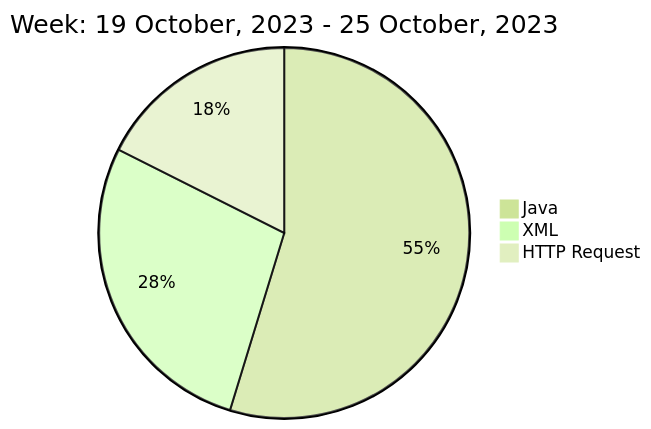
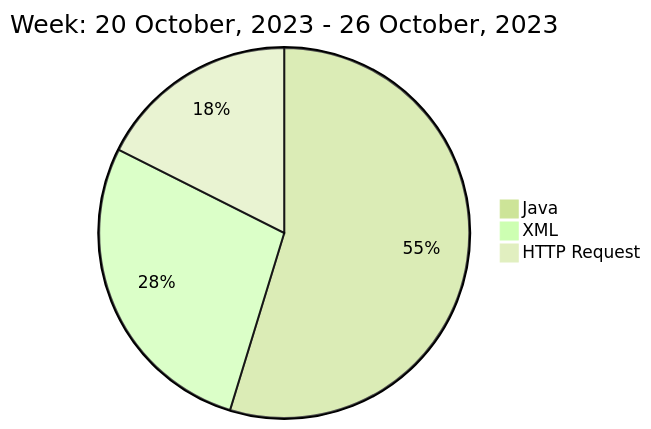
The diagram in README.md (liubin95/liubin95), drawn with Mermaid (forest theme) before and after one commit.

Commit message:
Updated the Graph with new Metrics

````diff
--- a/README.md
+++ b/README.md
@@ -40,7 +40,7 @@
 ```mermaid
  pie
-title Week: 19 October, 2023 - 25 October, 2023
+title Week: 20 October, 2023 - 26 October, 2023
  "Java" : 7.47
  "XML" : 3.78
  "HTTP Request" : 2.4
 ```
````
